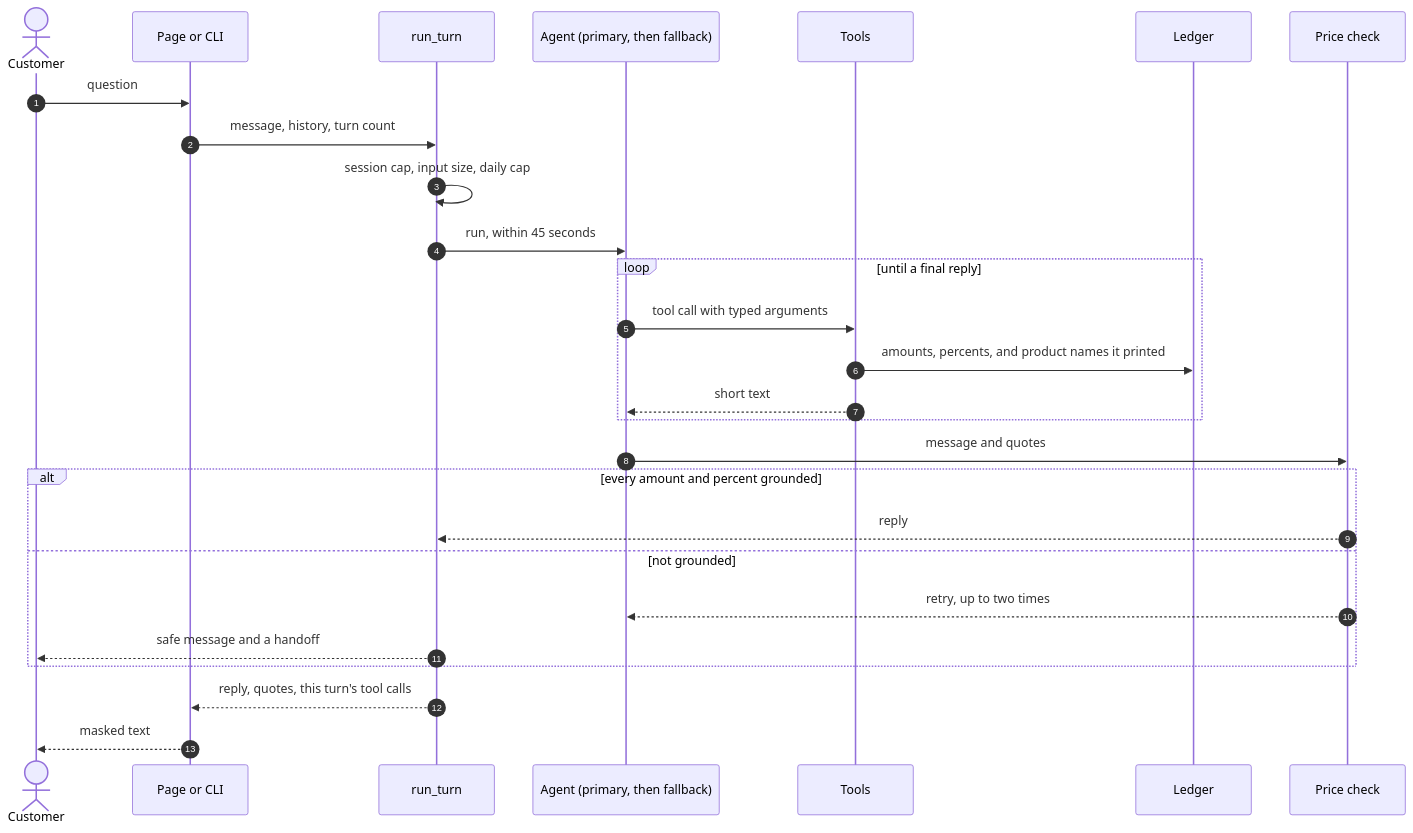
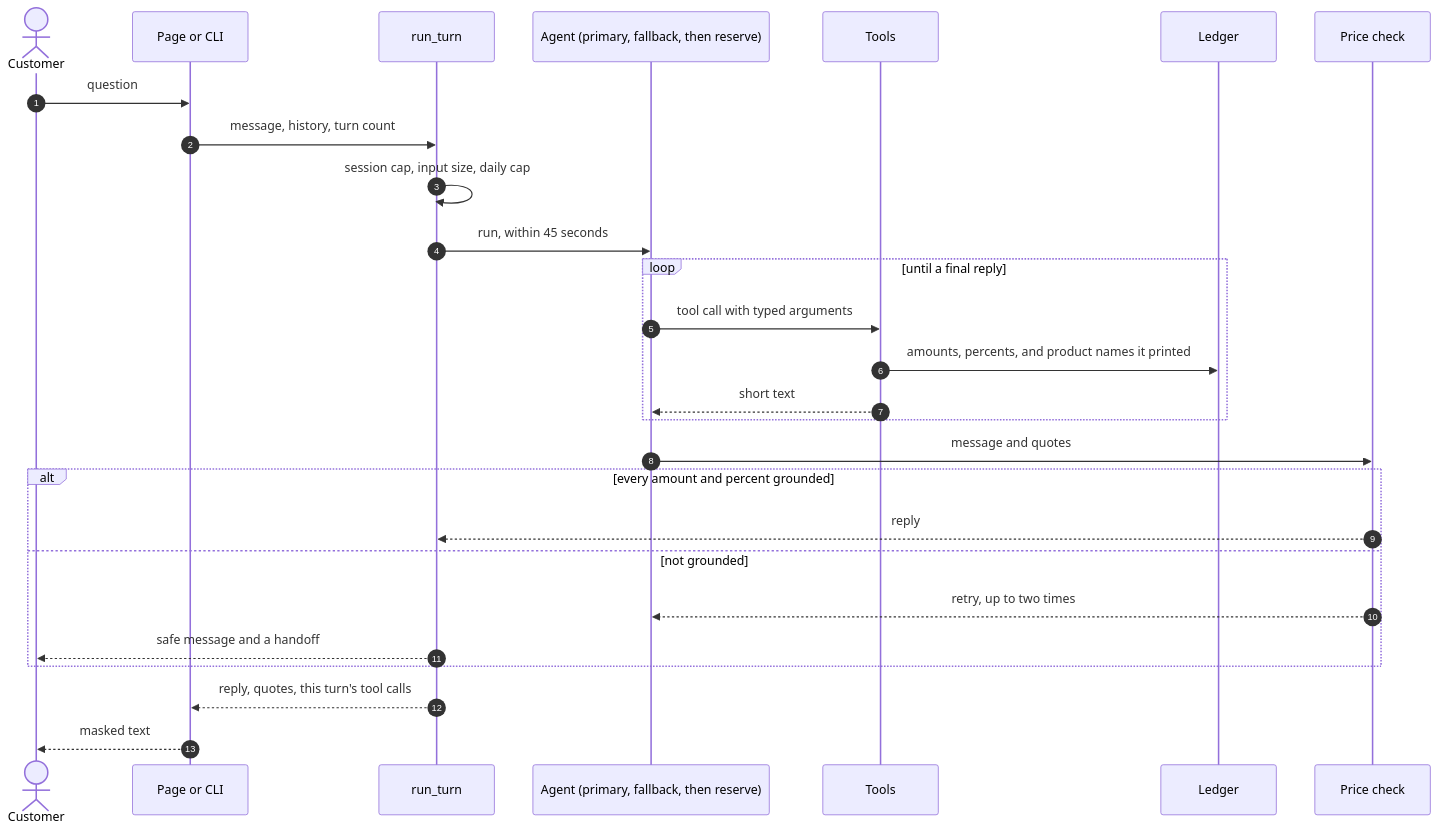
The diagram in docs/architecture.md (melocalex/music-store-ai-agent), drawn with Mermaid before and after one commit. The commit also changed other lines of this file and 9 other files, not shown here.

````diff
--- a/docs/architecture.md
+++ b/docs/architecture.md
@@ -7,29 +7,29 @@
 ```mermaid
 sequenceDiagram
   autonumber
   actor C as Customer
   participant P as Page or CLI
   participant R as run_turn
-  participant A as Agent (primary, then fallback)
+  participant A as Agent (primary, fallback, then reserve)
   participant T as Tools
   participant L as Ledger
   participant G as Price check
   C->>P: question
   P->>R: message, history, turn count
   R->>R: session cap, input size, daily cap
   R->>A: run, within 45 seconds
   loop until a final reply
     A->>T: tool call with typed arguments
     T->>L: amounts, percents, and product names it printed
     T-->>A: short text
   end
   A->>G: message and quotes
   alt every amount and percent grounded
     G-->>R: reply
   else not grounded
     G-->>A: retry, up to two times
     R-->>C: safe message and a handoff
   end
   R-->>P: reply, quotes, this turn's tool calls
   P-->>C: masked text
 ```
````
